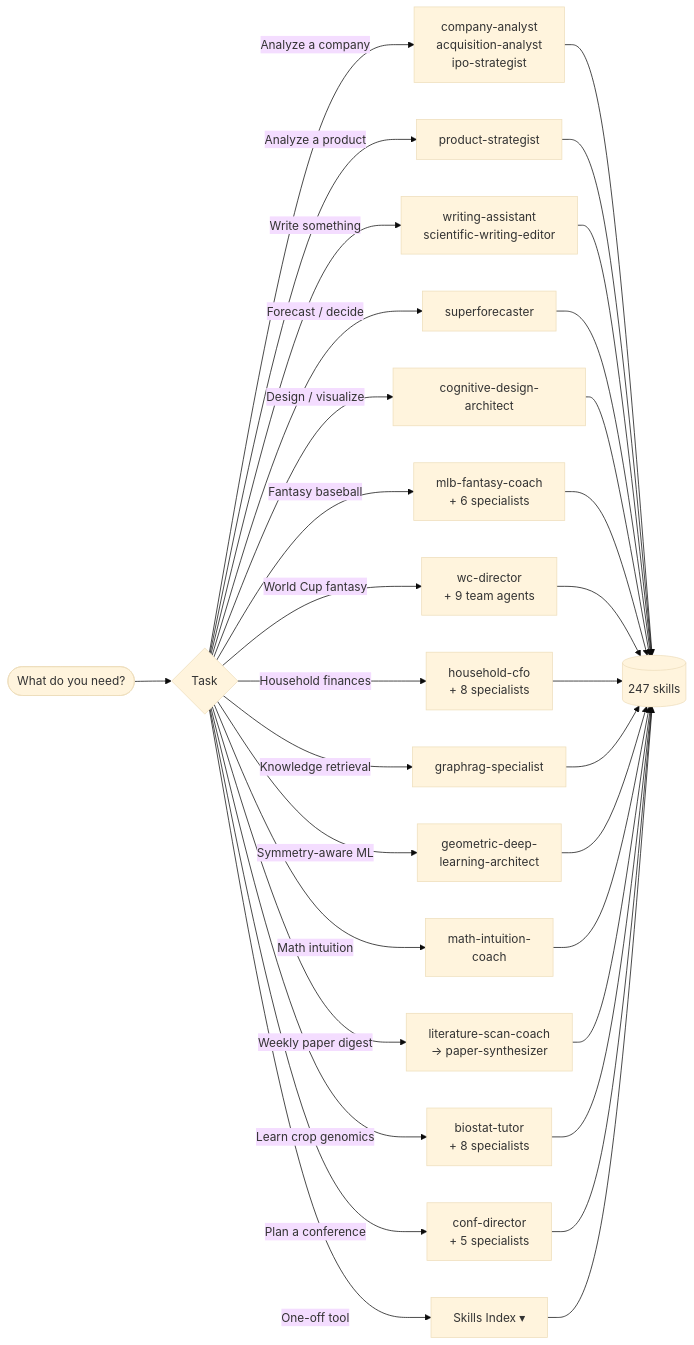
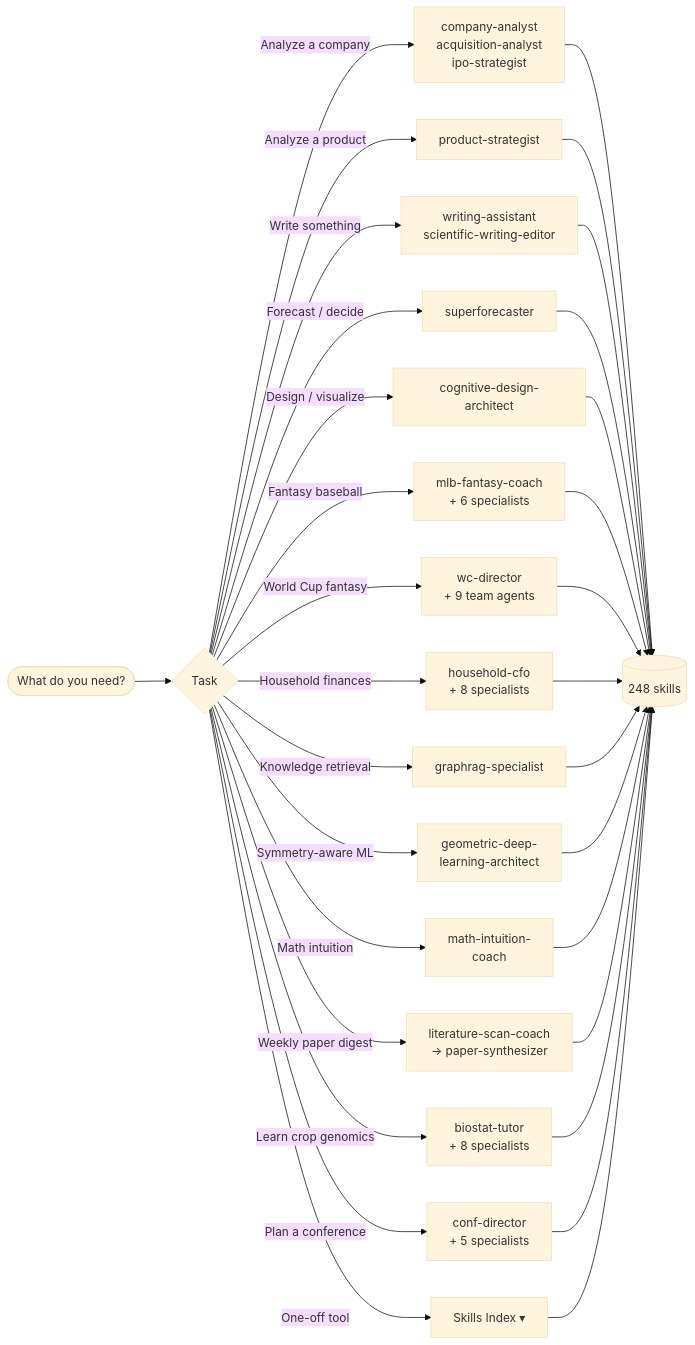
One commit to lyndonkl/claude changed the diagram in README.md. Above: the diagram before and after it, drawn with Mermaid (base theme). The commit also changed other lines of this file and 43 other files, not shown here.

````diff
--- a/README.md
+++ b/README.md
@@ -46,21 +46,21 @@
 ```mermaid
 flowchart LR
     U([What do you need?]) --> D{Task}
     D -->|Analyze a company| CA[company-analyst<br/>acquisition-analyst<br/>ipo-strategist]
     D -->|Analyze a product| PS[product-strategist]
     D -->|Write something| WA[writing-assistant<br/>scientific-writing-editor]
     D -->|Forecast / decide| SF[superforecaster]
     D -->|Design / visualize| CD[cognitive-design-architect]
     D -->|Fantasy baseball| MLB[mlb-fantasy-coach<br/>+ 6 specialists]
     D -->|World Cup fantasy| WC[wc-director<br/>+ 9 team agents]
     D -->|Household finances| HF[household-cfo<br/>+ 8 specialists]
     D -->|Knowledge retrieval| GR[graphrag-specialist]
     D -->|Symmetry-aware ML| GDL[geometric-deep-<br/>learning-architect]
     D -->|Math intuition| MI[math-intuition-<br/>coach]
     D -->|Weekly paper digest| LSC[literature-scan-coach<br/>→ paper-synthesizer]
     D -->|Learn crop genomics| BIO[biostat-tutor<br/>+ 8 specialists]
     D -->|Plan a conference| CONF[conf-director<br/>+ 5 specialists]
     D -->|One-off tool| SK[Skills Index ▾]
-    CA & PS & WA & SF & CD & MLB & WC & HF & GR & GDL & MI & LSC & BIO & CONF --> S[(247 skills)]
+    CA & PS & WA & SF & CD & MLB & WC & HF & GR & GDL & MI & LSC & BIO & CONF --> S[(248 skills)]
     SK --> S
 ```
````
